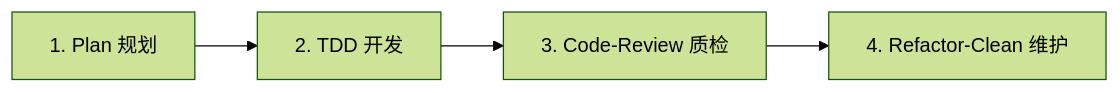
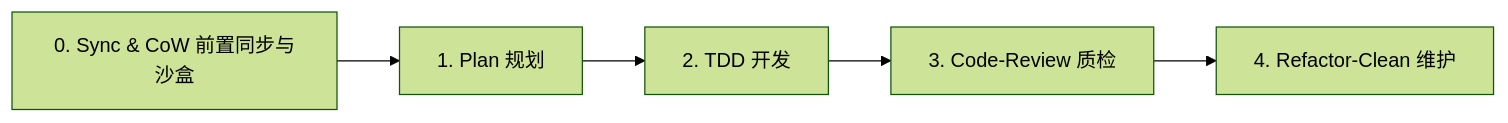
One commit to allinai0506/Cowork changed the diagram in RULES.md. Above: the diagram before and after it, drawn with Mermaid (forest theme). The commit also changed other lines of this file and 2 other files, not shown here.

````diff
--- a/RULES.md
+++ b/RULES.md
@@ -11,6 +11,7 @@
 ```mermaid
 graph LR
-    P[1. Plan 规划] --> T[2. TDD 开发]
+    S[0. Sync & CoW 前置同步与沙盒] --> P[1. Plan 规划]
+    P --> T[2. TDD 开发]
     T --> C[3. Code-Review 质检]
     C --> R[4. Refactor-Clean 维护]
 ```
````
